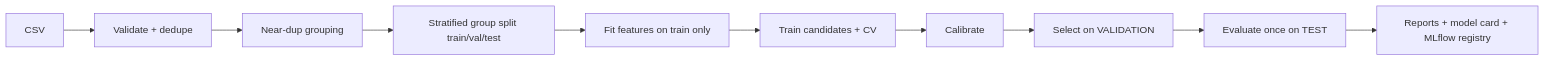
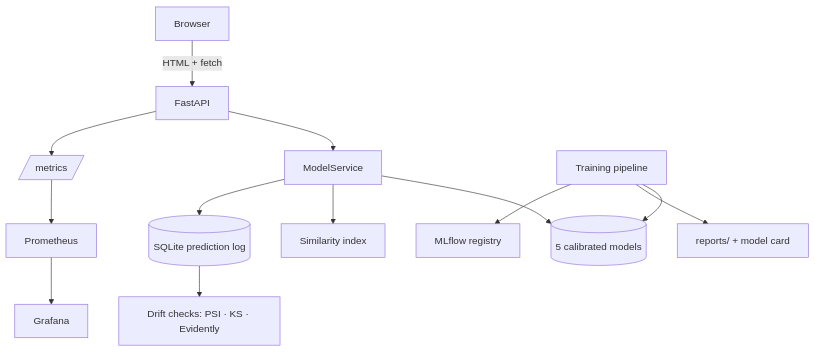
One commit to Gannina-SriMadhav/Fake-Review-Detection-System changed the third of 3 diagrams in README.md. Above: the diagram before and after it, drawn with Mermaid. The commit also changed other lines of this file, not shown here.

````diff
--- a/README.md
+++ b/README.md
@@ -25,6 +171,11 @@
 ```mermaid
-flowchart LR
-  C[CSV] --> V[Validate + dedupe] --> G[Near-dup grouping] --> SP[Stratified group split train/val/test]
-  SP --> F[Fit features on train only] --> T[Train candidates + CV] --> CAL[Calibrate] --> SEL[Select on VALIDATION]
-  SEL --> TEST[Evaluate once on TEST] --> R[Reports + model card + MLflow registry]
+flowchart TB
+  U[Browser] -->|HTML + fetch| API[FastAPI]
+  API --> SVC[ModelService]
+  SVC --> M[(5 calibrated models)]
+  SVC --> SIM[Similarity index]
+  SVC --> LOG[(SQLite prediction log)]
+  API --> PM[/metrics/] --> PR[Prometheus] --> GR[Grafana]
+  LOG --> DR[Drift checks: PSI · KS · Evidently]
+  TR[Training pipeline] --> M & REP[reports/ + model card] & ML[MLflow registry]
 ```
````
